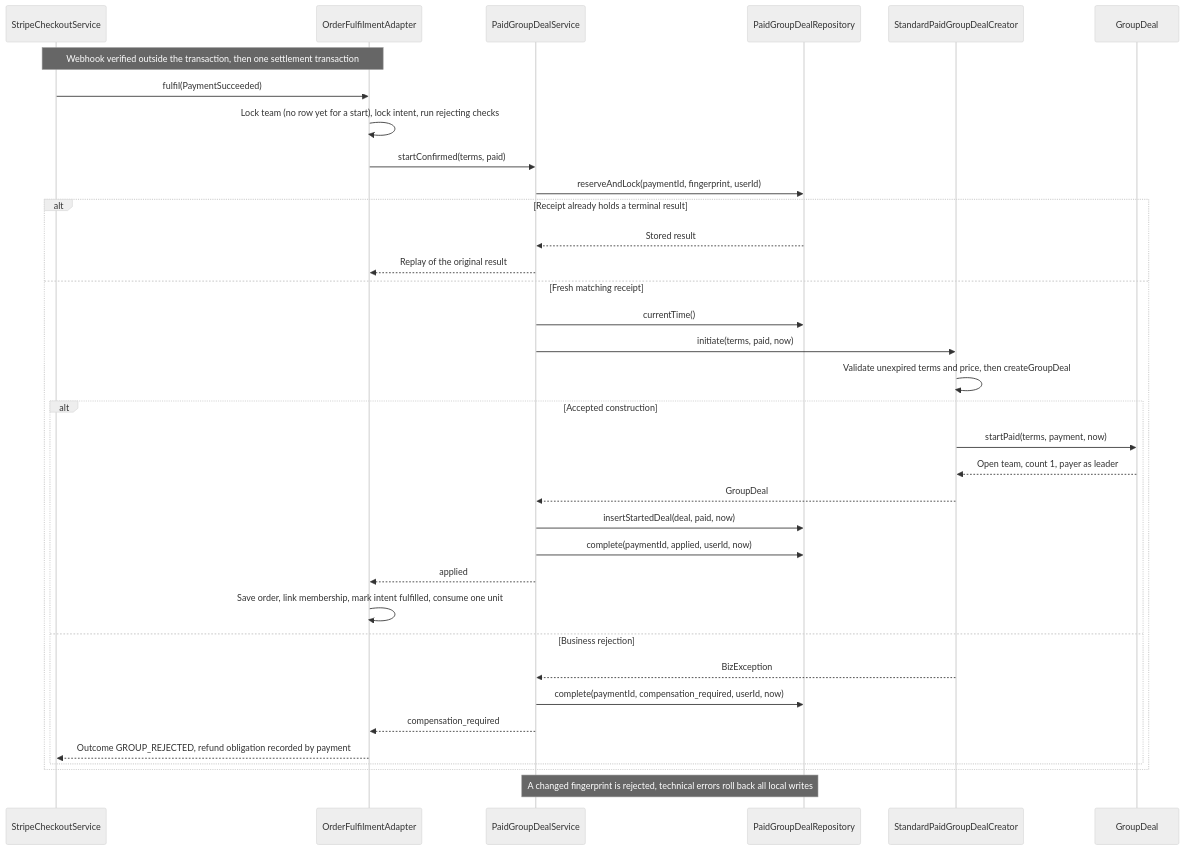
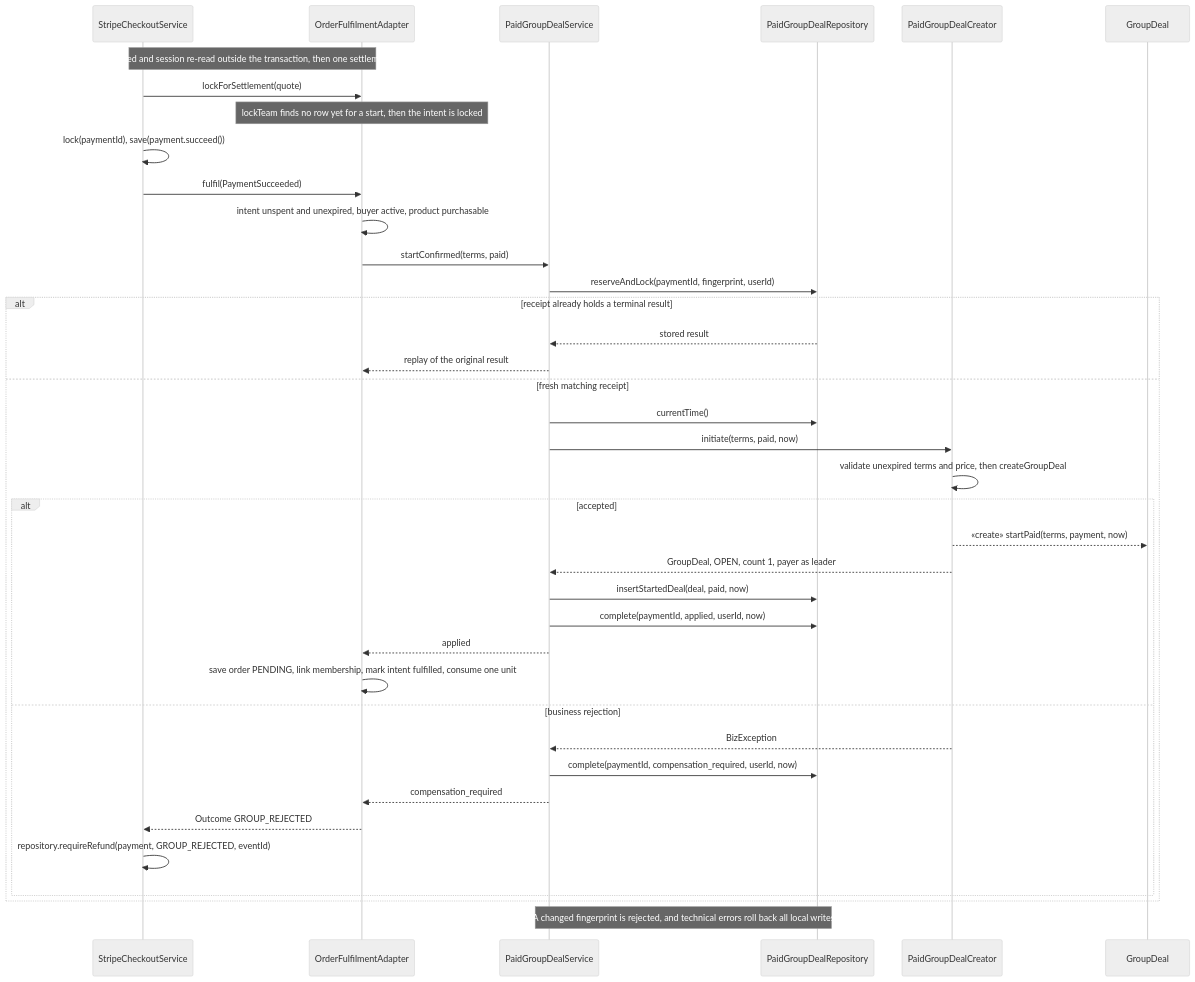
One commit to PPsyrius/iss-groupbuy-team8 changed the sixth of 11 diagrams in docs/swe5006/report-drafts/eric-wang-contribution.md. Above: the diagram before and after it, drawn with Mermaid (neutral theme). The commit also changed other lines of this file and 3 other files, not shown here.

````diff
--- a/docs/swe5006/report-drafts/eric-wang-contribution.md
+++ b/docs/swe5006/report-drafts/eric-wang-contribution.md
@@ -285,38 +498,41 @@
 ```mermaid
 sequenceDiagram
     participant Pay as StripeCheckoutService
     participant Adapter as OrderFulfilmentAdapter
     participant Service as PaidGroupDealService
     participant Repo as PaidGroupDealRepository
-    participant Creator as StandardPaidGroupDealCreator
+    participant Creator as PaidGroupDealCreator
     participant Deal as GroupDeal
 
-    Note over Pay,Adapter: Webhook verified outside the transaction, then one settlement transaction
+    Note over Pay,Adapter: Webhook verified and session re-read outside the transaction, then one settlement transaction
+    Pay->>Adapter: lockForSettlement(quote)
+    Note over Adapter: lockTeam finds no row yet for a start, then the intent is locked
+    Pay->>Pay: lock(paymentId), save(payment.succeed())
     Pay->>Adapter: fulfil(PaymentSucceeded)
-    Adapter->>Adapter: Lock team (no row yet for a start), lock intent, run rejecting checks
+    Adapter->>Adapter: intent unspent and unexpired, buyer active, product purchasable
     Adapter->>Service: startConfirmed(terms, paid)
     Service->>Repo: reserveAndLock(paymentId, fingerprint, userId)
-    alt Receipt already holds a terminal result
-        Repo-->>Service: Stored result
-        Service-->>Adapter: Replay of the original result
-    else Fresh matching receipt
+    alt receipt already holds a terminal result
+        Repo-->>Service: stored result
+        Service-->>Adapter: replay of the original result
+    else fresh matching receipt
         Service->>Repo: currentTime()
         Service->>Creator: initiate(terms, paid, now)
-        Creator->>Creator: Validate unexpired terms and price, then createGroupDeal
-        alt Accepted construction
-            Creator->>Deal: startPaid(terms, payment, now)
-            Deal-->>Creator: Open team, count 1, payer as leader
-            Creator-->>Service: GroupDeal
+        Creator->>Creator: validate unexpired terms and price, then createGroupDeal
+        alt accepted
+            Creator-->>Deal: «create» startPaid(terms, payment, now)
+            Creator-->>Service: GroupDeal, OPEN, count 1, payer as leader
             Service->>Repo: insertStartedDeal(deal, paid, now)
             Service->>Repo: complete(paymentId, applied, userId, now)
             Service-->>Adapter: applied
-            Adapter->>Adapter: Save order, link membership, mark intent fulfilled, consume one unit
-        else Business rejection
+            Adapter->>Adapter: save order PENDING, link membership, mark intent fulfilled, consume one unit
+        else business rejection
             Creator-->>Service: BizException
             Service->>Repo: complete(paymentId, compensation_required, userId, now)
             Service-->>Adapter: compensation_required
-            Adapter-->>Pay: Outcome GROUP_REJECTED, refund obligation recorded by payment
+            Adapter-->>Pay: Outcome GROUP_REJECTED
+            Pay->>Pay: repository.requireRefund(payment, GROUP_REJECTED, eventId)
         end
     end
-    Note over Service,Repo: A changed fingerprint is rejected, technical errors roll back all local writes
+    Note over Service,Repo: A changed fingerprint is rejected, and technical errors roll back all local writes
 ```
````
